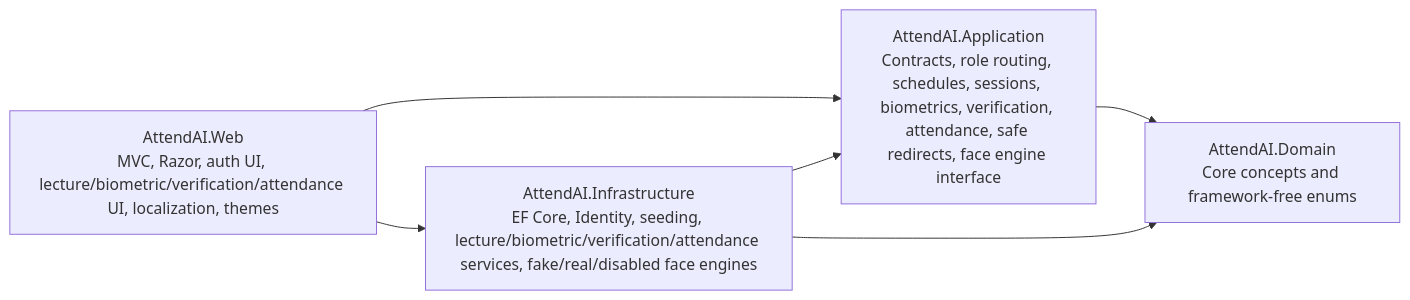
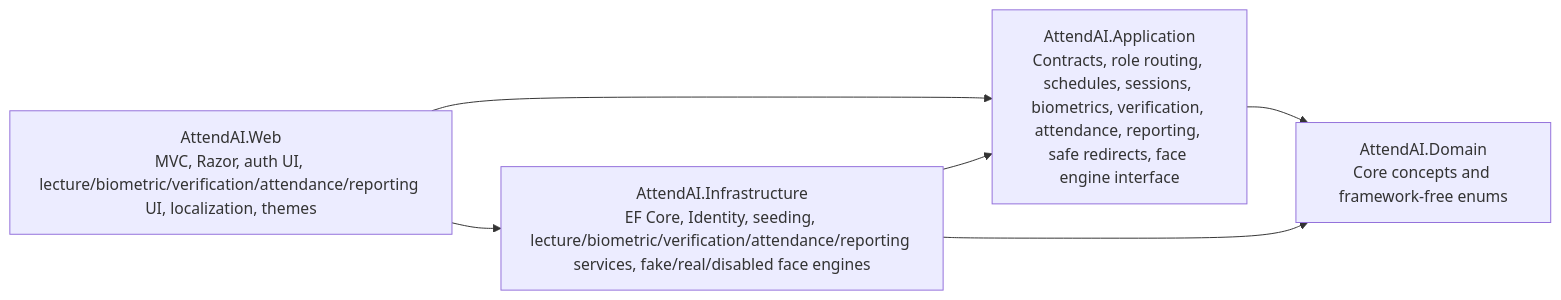
The first of 8 diagrams in docs/02-System-Architecture.md (YazAj/SmartAtt), drawn with Mermaid before and after one commit. The commit also changed other lines of this file and 40 other files, not shown here.

Commit message:
feat(sprint-7): add attendance reporting and final release hardening

````diff
--- a/docs/02-System-Architecture.md
+++ b/docs/02-System-Architecture.md
@@ -5,8 +5,8 @@
 ```mermaid
 flowchart LR
-    Web["AttendAI.Web\nMVC, Razor, auth UI, lecture/biometric/verification/attendance UI, localization, themes"] --> Application["AttendAI.Application\nContracts, role routing, schedules, sessions, biometrics, verification, attendance, safe redirects, face engine interface"]
-    Web --> Infrastructure["AttendAI.Infrastructure\nEF Core, Identity, seeding, lecture/biometric/verification/attendance services, fake/real/disabled face engines"]
+    Web["AttendAI.Web\nMVC, Razor, auth UI, lecture/biometric/verification/attendance/reporting UI, localization, themes"] --> Application["AttendAI.Application\nContracts, role routing, schedules, sessions, biometrics, verification, attendance, reporting, safe redirects, face engine interface"]
+    Web --> Infrastructure["AttendAI.Infrastructure\nEF Core, Identity, seeding, lecture/biometric/verification/attendance/reporting services, fake/real/disabled face engines"]
     Infrastructure --> Application
     Infrastructure --> Domain["AttendAI.Domain\nCore concepts and framework-free enums"]
     Application --> Domain
 ```
````
